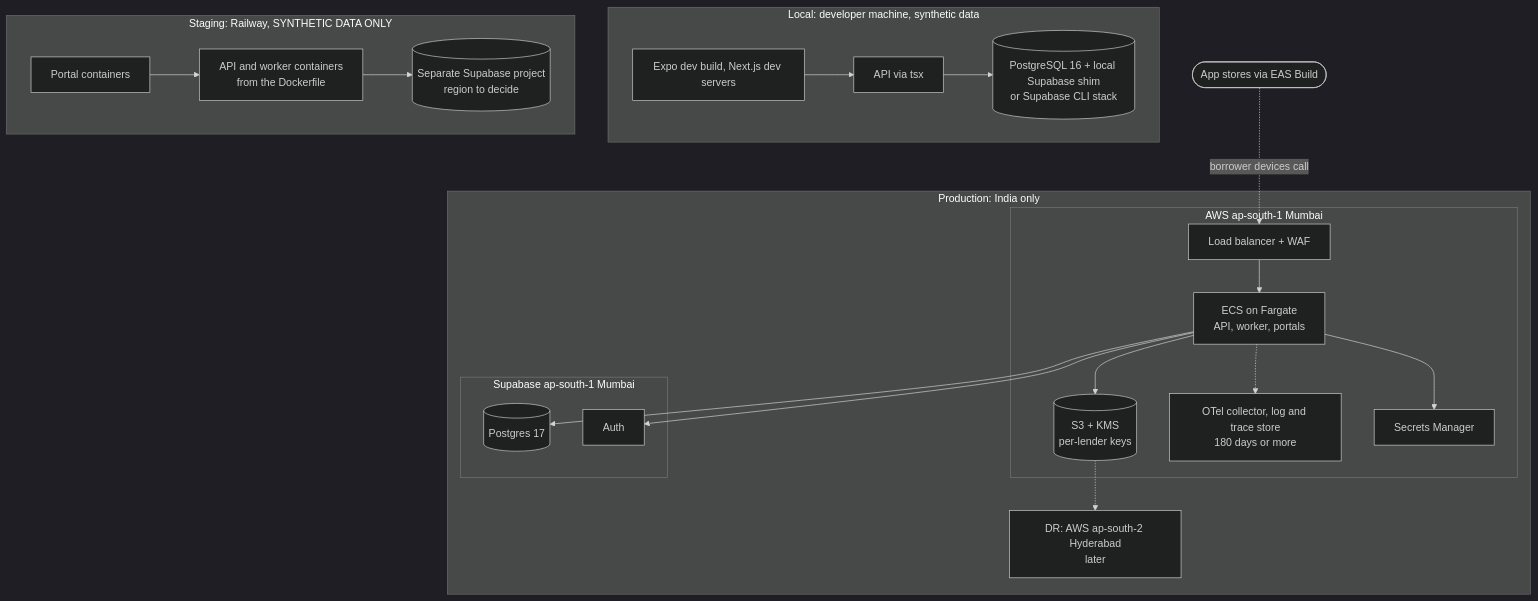
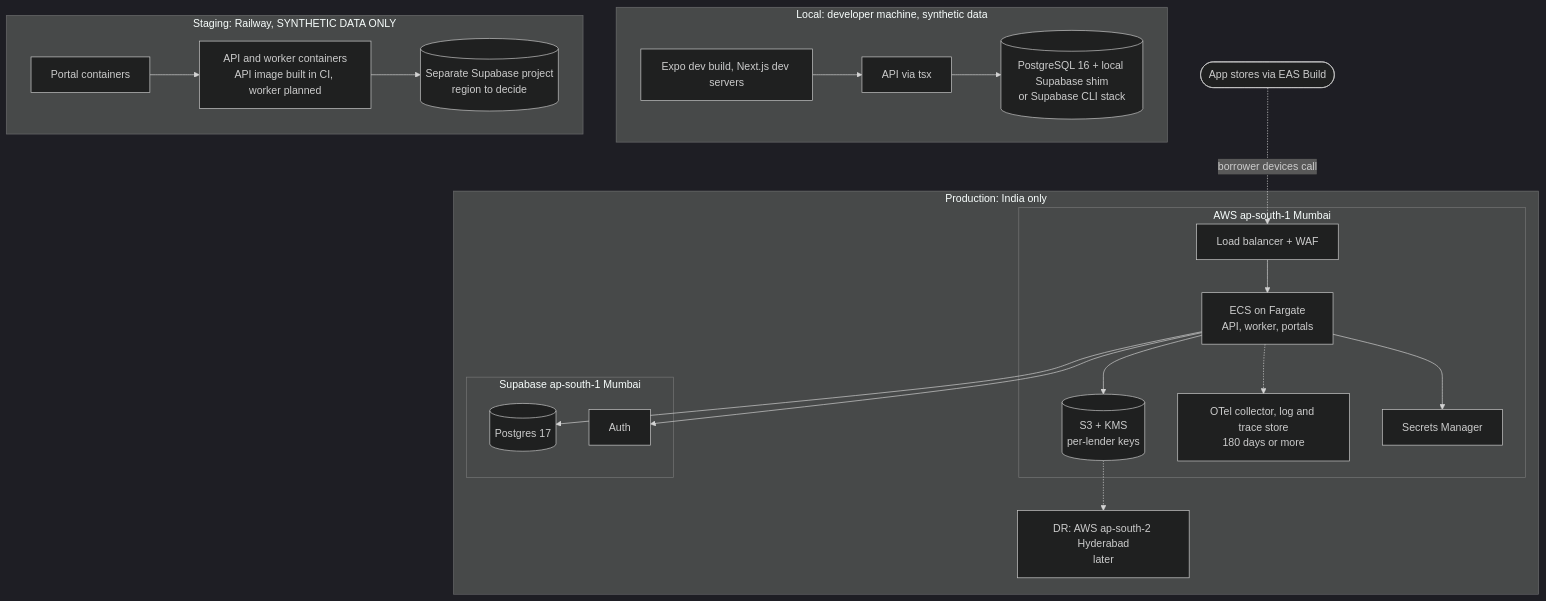
One commit to lawdocs/udofin1 changed the third of 5 diagrams in docs/architecture/overview.md. Above: the diagram before and after it, drawn with Mermaid (dark theme). The commit also changed other lines of this file, not shown here.

First line of the commit message:
docs: bring architecture overview in line with CI and Supabase config

````diff
--- a/docs/architecture/overview.md
+++ b/docs/architecture/overview.md
@@ -227,41 +227,41 @@
 ```mermaid
 flowchart TB
   subgraph localEnv["Local: developer machine, synthetic data"]
     lapp["Expo dev build, Next.js dev servers"]
     lapi["API via tsx"]
     ldb[("PostgreSQL 16 + local Supabase shim<br/>or Supabase CLI stack")]
     lapp --> lapi --> ldb
   end
 
   subgraph stagingEnv["Staging: Railway, SYNTHETIC DATA ONLY"]
-    sapi["API and worker containers<br/>from the Dockerfile"]
+    sapi["API and worker containers<br/>API image built in CI, worker planned"]
     sportals["Portal containers"]
     sdb[("Separate Supabase project<br/>region to decide")]
     sportals --> sapi --> sdb
   end
 
   subgraph prodEnv["Production: India only"]
     subgraph awsMum["AWS ap-south-1 Mumbai"]
       alb["Load balancer + WAF"]
       ecs["ECS on Fargate<br/>API, worker, portals"]
       s3p[("S3 + KMS<br/>per-lender keys")]
       otel["OTel collector, log and trace store<br/>180 days or more"]
       secrets["Secrets Manager"]
       alb --> ecs
       ecs --> s3p
       ecs -.-> otel
       ecs --> secrets
     end
     subgraph supaMum["Supabase ap-south-1 Mumbai"]
       ppg[("Postgres 17")]
       pauth["Auth"]
     end
     ecs --> ppg
     ecs --> pauth
     dr["DR: AWS ap-south-2 Hyderabad<br/>later"]
     s3p -.-> dr
   end
 
   stores(["App stores via EAS Build"])
   stores -.->|"borrower devices call"| alb
 ```
````
